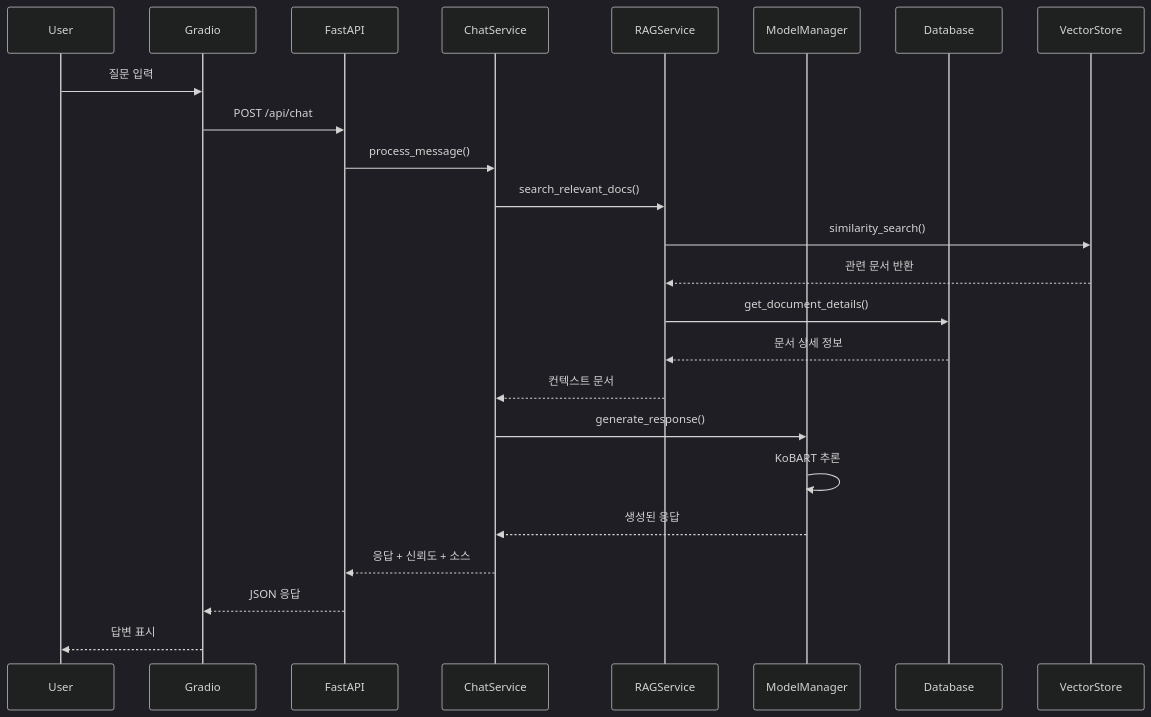
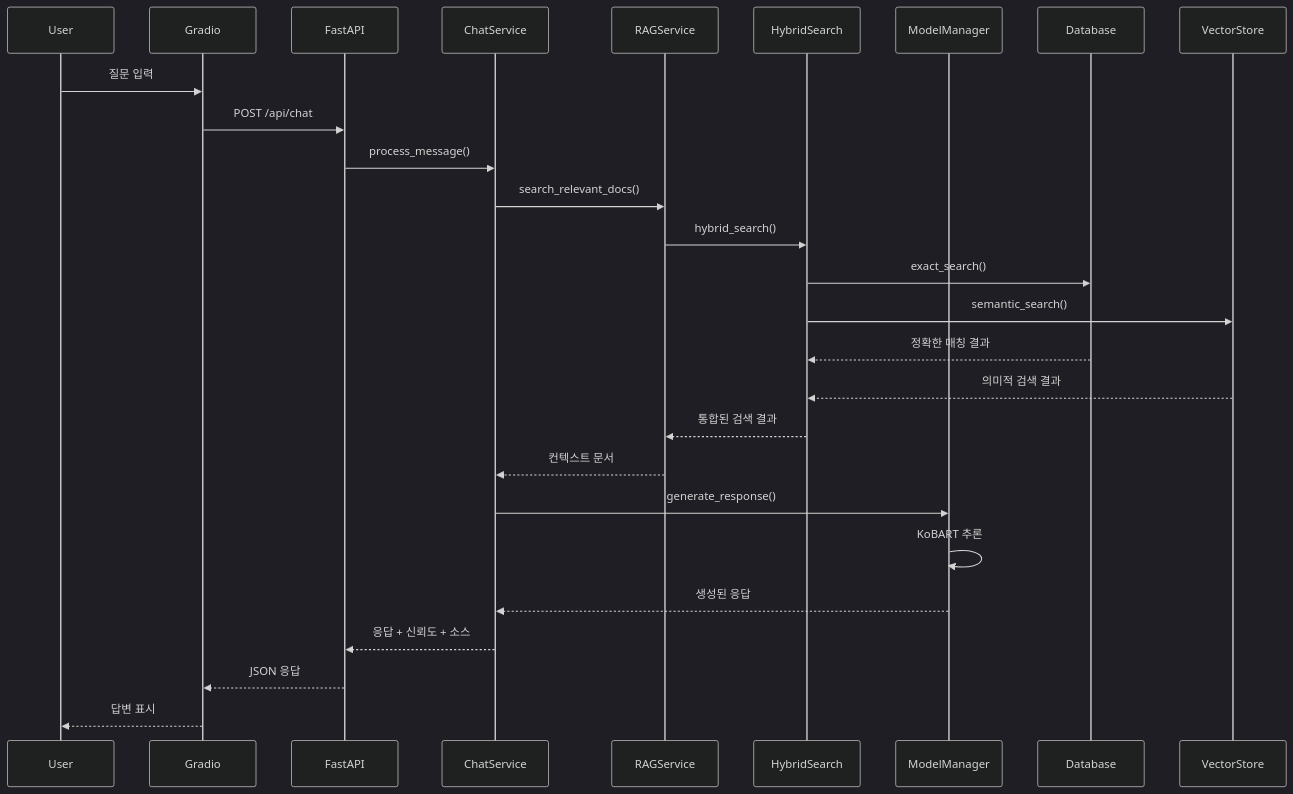
One commit to kimhaegyeong/LawFirmAI changed the second of 5 diagrams in docs/architecture/system_architecture.md. Above: the diagram before and after it, drawn with Mermaid (dark theme). The commit also changed other lines of this file and 82 other files, not shown here.

````diff
--- a/docs/architecture/system_architecture.md
+++ b/docs/architecture/system_architecture.md
@@ -71,30 +72,33 @@
 ```mermaid
 sequenceDiagram
     participant User
     participant Gradio
     participant FastAPI
     participant ChatService
     participant RAGService
+    participant HybridSearch
     participant ModelManager
     participant Database
     participant VectorStore
     
     User->>Gradio: 질문 입력
     Gradio->>FastAPI: POST /api/chat
     FastAPI->>ChatService: process_message()
     
     ChatService->>RAGService: search_relevant_docs()
-    RAGService->>VectorStore: similarity_search()
-    VectorStore-->>RAGService: 관련 문서 반환
-    RAGService->>Database: get_document_details()
-    Database-->>RAGService: 문서 상세 정보
+    RAGService->>HybridSearch: hybrid_search()
+    HybridSearch->>Database: exact_search()
+    HybridSearch->>VectorStore: semantic_search()
+    Database-->>HybridSearch: 정확한 매칭 결과
+    VectorStore-->>HybridSearch: 의미적 검색 결과
+    HybridSearch-->>RAGService: 통합된 검색 결과
     RAGService-->>ChatService: 컨텍스트 문서
     
     ChatService->>ModelManager: generate_response()
     ModelManager->>ModelManager: KoBART 추론
     ModelManager-->>ChatService: 생성된 응답
     
     ChatService-->>FastAPI: 응답 + 신뢰도 + 소스
     FastAPI-->>Gradio: JSON 응답
     Gradio-->>User: 답변 표시
 ```
````
